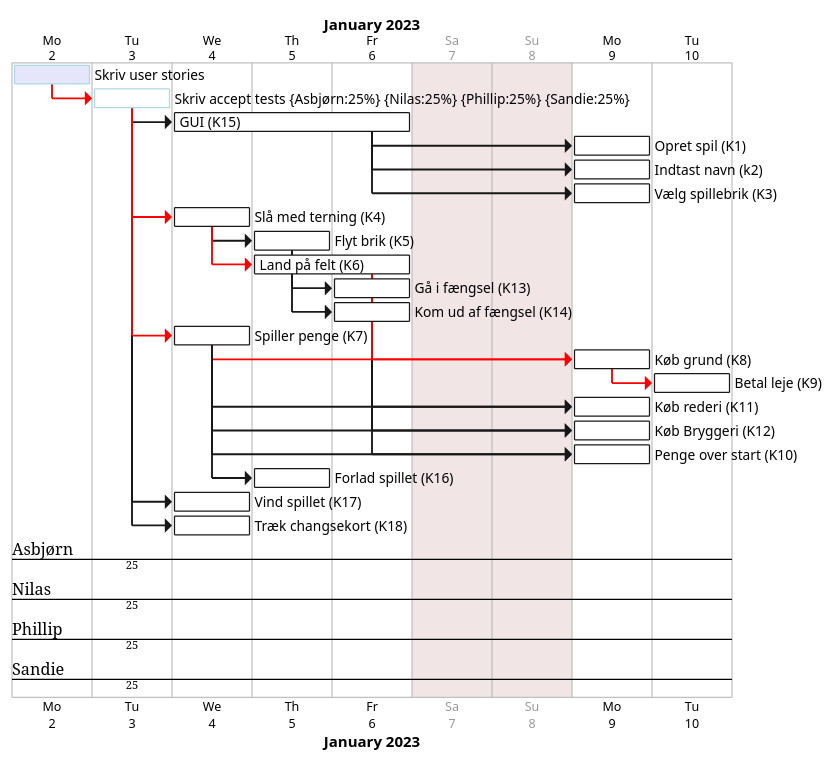
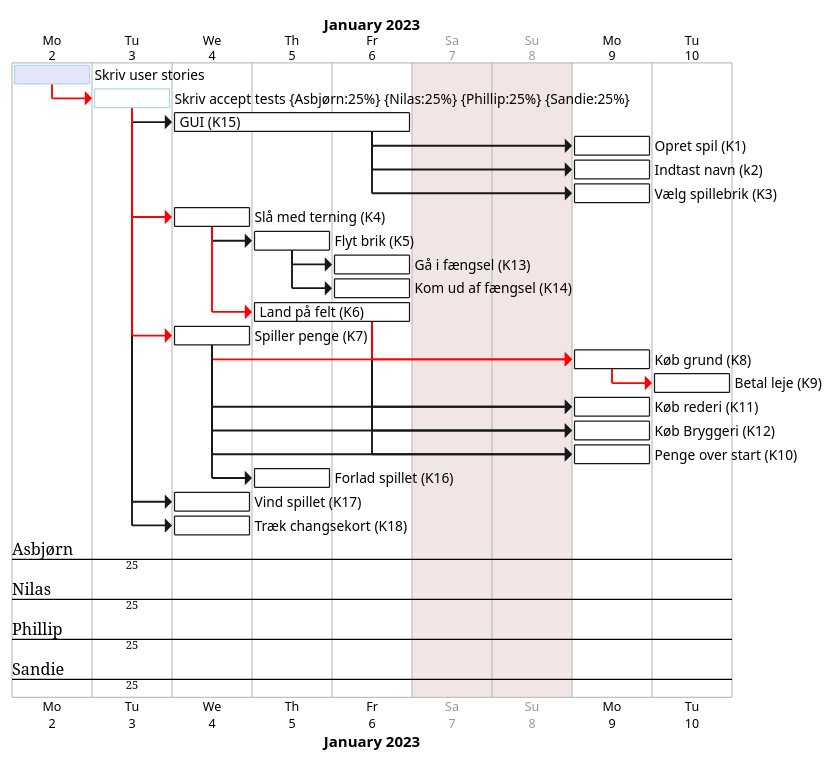
Before and after one commit to Gruppe-10-DTU/CDIO-FINAL: the diagram in Gantt.puml, drawn with PlantUML.

Commit message:
Gantt update

```diff
--- a/Gantt.puml
+++ b/Gantt.puml
@@ -1,110 +1,111 @@
 @startgantt
 printscale daily zoom 4
 saturday are closed
 sunday are closed
 
 Project starts the 2nd of january 2023
 
 [Skriv user stories] as [TASK1] lasts 1 days
 [TASK1] is colored in Lavender/LightBlue
 [TASK1] is 100% complete
 
 [Skriv accept tests] as [TASK2] on {Asbjørn:25%} {Nilas:25%} {Phillip:25%} {Sandie:25%} lasts 1 days
 [TASK2] is colored in Lavender/LightBlue
 [TASK2] is 0% complete
 
 [GUI (K15)] as [K15] lasts 3 days
 [K15] is 0% complete
 
 [Opret spil (K1)] as [K1] lasts 1 days
 [K1] is 0% complete
 
 [Indtast navn (k2)] as [K2] lasts 1 days
 [K2] is 0% complete
 
 [Vælg spillebrik (K3)] as [K3] lasts 1 days
 [K3] is 0% complete
 
 
 
 [Slå med terning (K4)] as [K4] lasts 1 days
 [K4] is 0% complete
 
 [Flyt brik (K5)] as [K5] lasts 1 days
 [K5] is 0% complete
 
-[Land på felt (K6)] as [K6] lasts 2 days
-[K6] is 0% complete
+
 
 [Gå i fængsel (K13)] as [K13] lasts 1 days
 [K13] is 0% complete
 
 [Kom ud af fængsel (K14)] as [K14] lasts 1 days
 [K14] is 0% complete
 
+[Land på felt (K6)] as [K6] lasts 2 days
+[K6] is 0% complete
 
 [Spiller penge (K7)] as [K7] lasts 1 days
 [K7] is 0% complete
 
 [Køb grund (K8)] as [K8] lasts 1 days
 [K8] is 0% complete
 
 
 [Betal leje (K9)] as [K9] lasts 1 days
 [K9] is 0% complete
 
 [Køb rederi (K11)] as [K11] lasts 1 days
 [K11] is 0% complete
 
 [Køb Bryggeri (K12)] as [K12] lasts 1 days
 [K12] is 0% complete
 
 
 
 [Penge over start (K10)] as [K10] lasts 1 days
 [K10] is 0% complete
 
 
 
 
 [Forlad spillet (K16)] as [K16] lasts 1 days
 [K16] is 0% complete
 
 [Vind spillet (K17)] as [K17] lasts 1 days
 [K17] is 0% complete
 
 [Træk changsekort (K18)] as [K18] lasts 1 days
 [K18] is 0% complete
 
 
 [TASK1]-[#FF0000]->[TASK2]
 [TASK2]->[K15]
 [TASK2]->[K17]
 [TASK2]->[K18]
 [TASK2]-[#FF0000]->[K7]
 [TASK2]-[#FF0000]->[K4]
 
 [K15]->[K1]
 [K15]->[K2]
 [K15]->[K3]
 
 [K4]->[K5]
 [K4]-[#FF0000]->[K6]
 
 [K7]->[K11]
 [K6]->[K11]
 [K7]->[K12]
 [K6]->[K12]
 [K7]->[K10]
 [K6]->[K10]
 [K7]-[#FF0000]->[K8]
 [K6]-[#FF0000]->[K8]
 
 [K7]->[K16]
 
 [K8]-[#FF0000]->[K9]
 
 [K5]->[K13]
 [K5]->[K14]
 
 @endgantt
```
